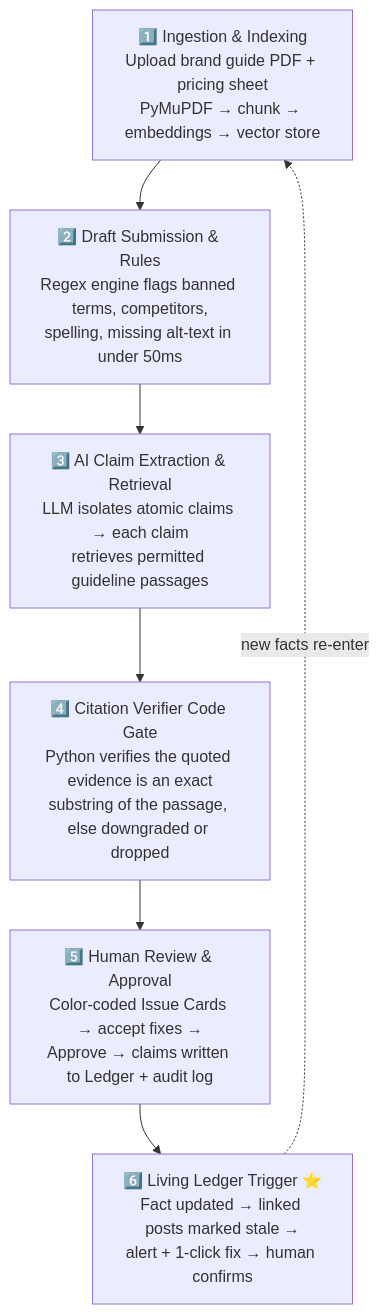
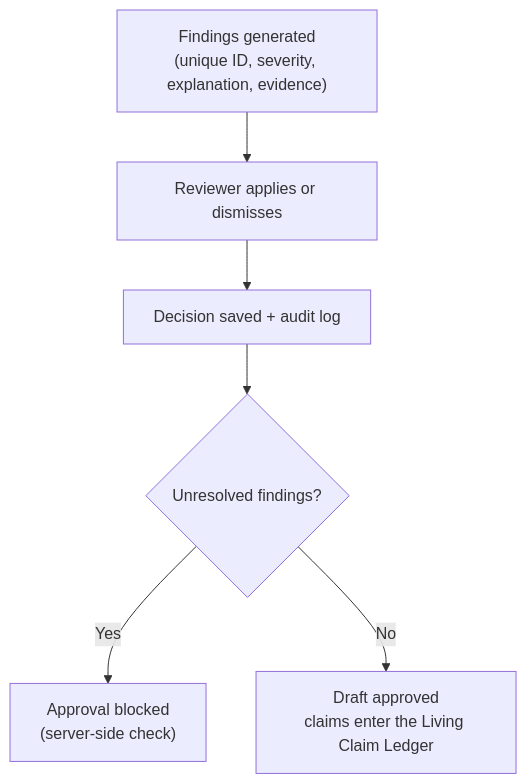
The second of 2 diagrams in README.md (Varun-men/Guardian_AI), drawn with Mermaid before and after one commit. The commit also changed other lines of this file, not shown here.

````diff
--- a/README.md
+++ b/README.md
@@ -69,12 +103,8 @@
 ```mermaid
 flowchart TD
-    A["1️⃣ Ingestion & Indexing<br/>Upload brand guide PDF + pricing sheet<br/>PyMuPDF → chunk → embeddings → vector store"]
-    B["2️⃣ Draft Submission & Rules<br/>Regex engine flags banned terms, competitors,<br/>spelling, missing alt-text in under 50ms"]
-    C["3️⃣ AI Claim Extraction & Retrieval<br/>LLM isolates atomic claims → each claim<br/>retrieves permitted guideline passages"]
-    D["4️⃣ Citation Verifier Code Gate<br/>Python verifies the quoted evidence is an exact<br/>substring of the passage, else downgraded or dropped"]
-    E["5️⃣ Human Review & Approval<br/>Color-coded Issue Cards → accept fixes →<br/>Approve → claims written to Ledger + audit log"]
-    F["6️⃣ Living Ledger Trigger ⭐<br/>Fact updated → linked posts marked stale →<br/>alert + 1-click fix → human confirms"]
-
-    A --> B --> C --> D --> E --> F
-    F -.->|new facts re-enter| A
+    A["Findings generated<br/>(unique ID, severity, explanation, evidence)"] --> B["Reviewer applies or dismisses"]
+    B --> C["Decision saved + audit log"]
+    C --> D{"Unresolved findings?"}
+    D -- Yes --> E["Approval blocked<br/>(server-side check)"]
+    D -- No --> F["Draft approved<br/>claims enter the Living Claim Ledger"]
 ```
````
